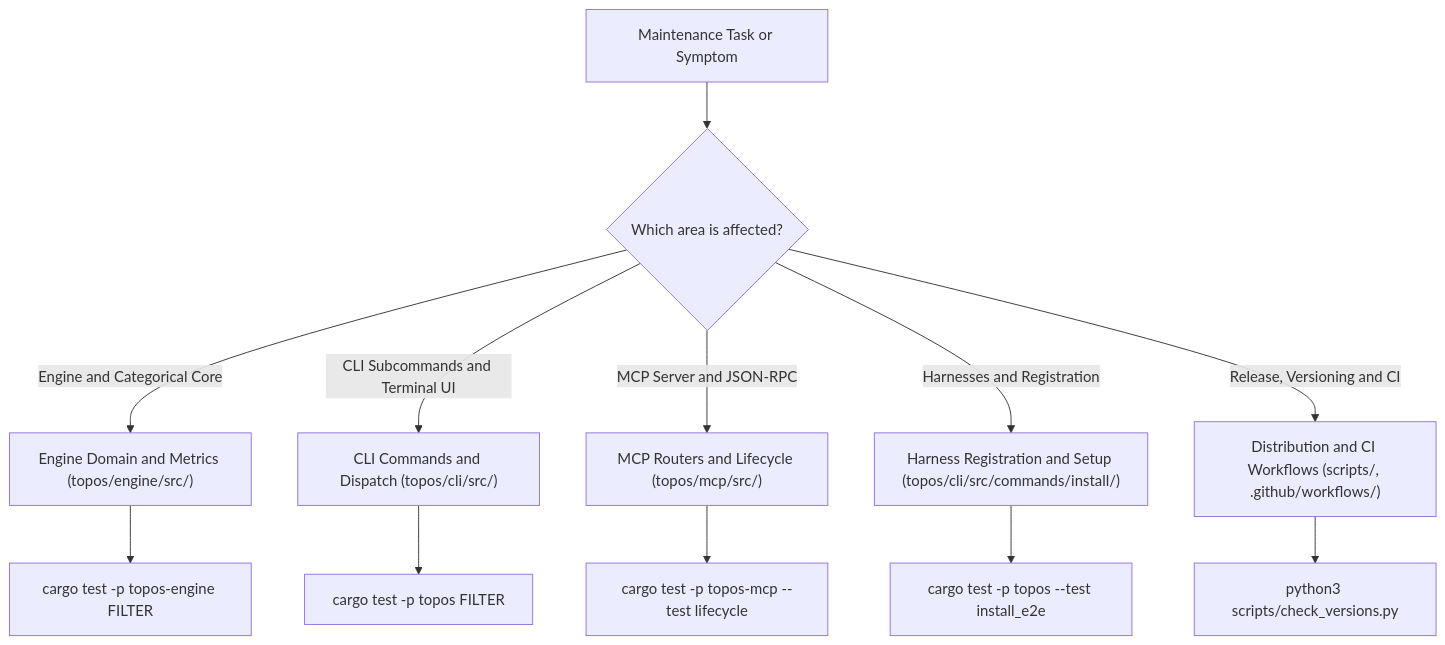
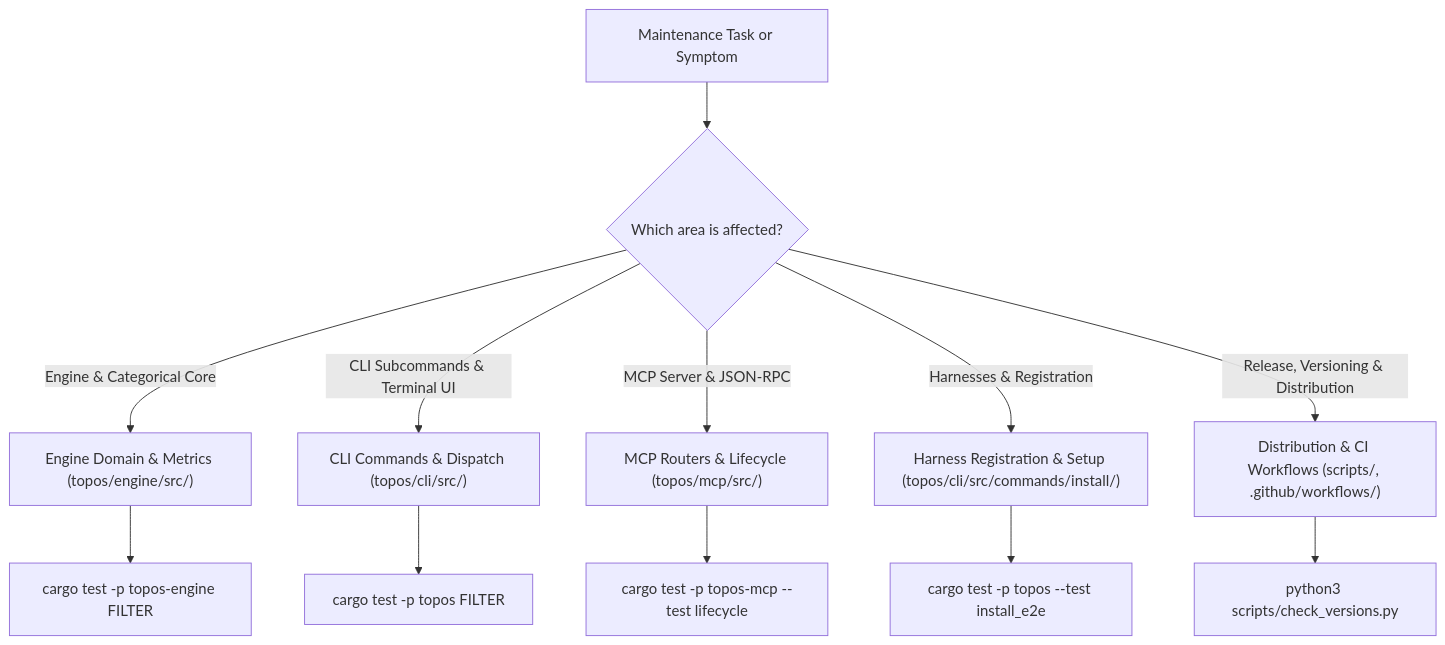
The second of 2 diagrams in openwiki/quickstart.md (Krv-Labs/topos), drawn with Mermaid before and after one commit. The commit also changed other lines of this file and 20 other files, not shown here.

````diff
--- a/openwiki/quickstart.md
+++ b/openwiki/quickstart.md
@@ -101,16 +116,16 @@
 ```mermaid
 flowchart TD
     Start["Maintenance Task or Symptom"] --> Choice{"Which area is affected?"}
     
-    Choice -->|"Engine and Categorical Core"| EngineTask["Engine Domain and Metrics (topos/engine/src/)"]
-    Choice -->|"CLI Subcommands and Terminal UI"| CLITask["CLI Commands and Dispatch (topos/cli/src/)"]
-    Choice -->|"MCP Server and JSON-RPC"| MCPTask["MCP Routers and Lifecycle (topos/mcp/src/)"]
-    Choice -->|"Harnesses and Registration"| InstallTask["Harness Registration and Setup (topos/cli/src/commands/install/)"]
-    Choice -->|"Release, Versioning and CI"| ReleaseTask["Distribution and CI Workflows (scripts/, .github/workflows/)"]
+    Choice -->|"Engine & Categorical Core"| EngineTask["Engine Domain & Metrics (topos/engine/src/)"]
+    Choice -->|"CLI Subcommands & Terminal UI"| CLITask["CLI Commands & Dispatch (topos/cli/src/)"]
+    Choice -->|"MCP Server & JSON-RPC"| MCPTask["MCP Routers & Lifecycle (topos/mcp/src/)"]
+    Choice -->|"Harnesses & Registration"| InstallTask["Harness Registration & Setup (topos/cli/src/commands/install/)"]
+    Choice -->|"Release, Versioning & Distribution"| ReleaseTask["Distribution & CI Workflows (scripts/, .github/workflows/)"]
 
     EngineTask --> EngineProof["cargo test -p topos-engine FILTER"]
     CLITask --> CLIProof["cargo test -p topos FILTER"]
     MCPTask --> MCPProof["cargo test -p topos-mcp --test lifecycle"]
     InstallTask --> InstallProof["cargo test -p topos --test install_e2e"]
     ReleaseTask --> ReleaseProof["python3 scripts/check_versions.py"]
 ```
````
